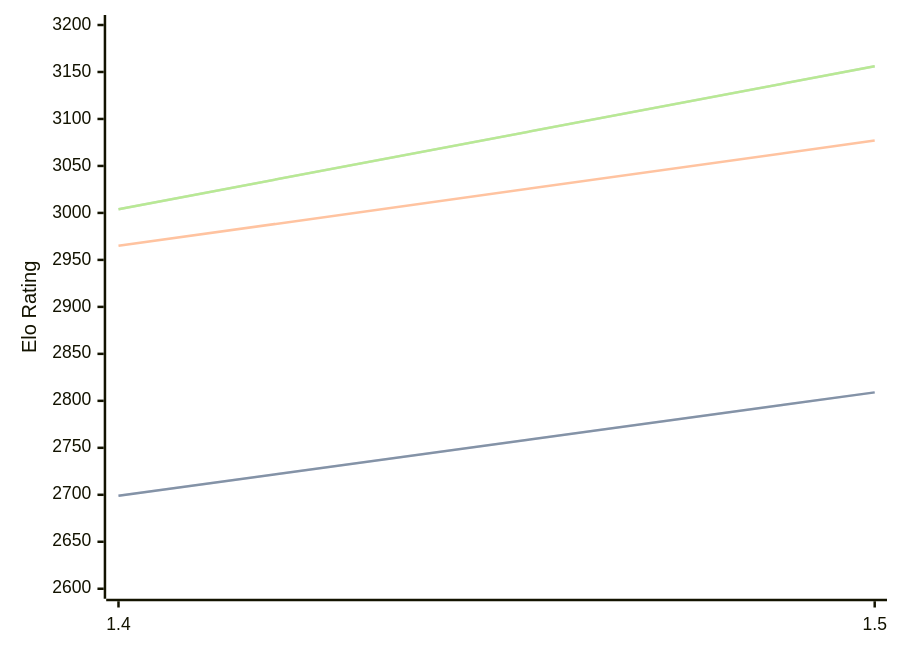
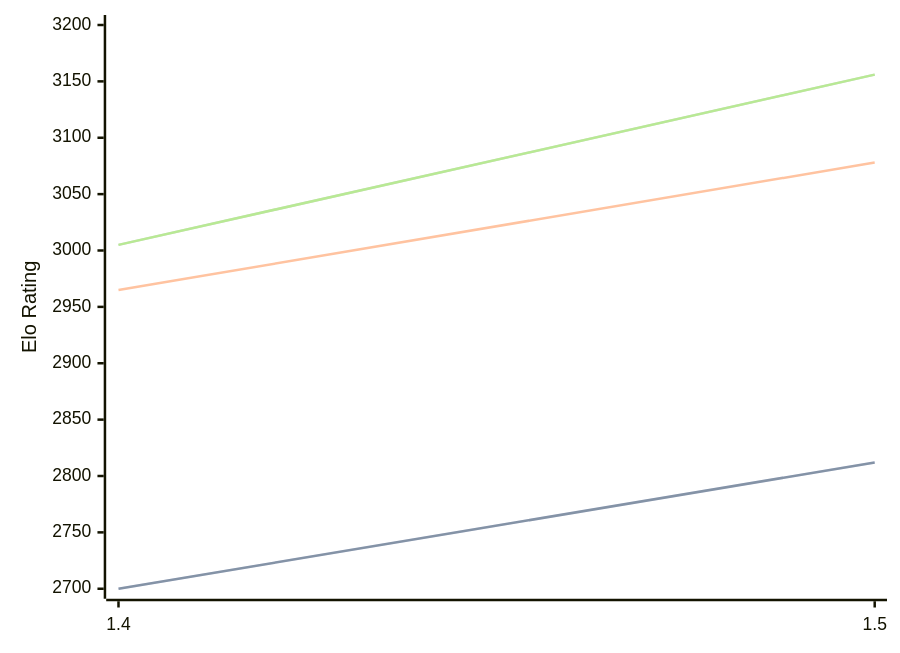
One commit to computer-chess-index/cci changed the diagram in engines/Yakka.md. Above: the diagram before and after it, drawn with Mermaid. The commit also changed other lines of this file, not shown here.

Commit message:
Update CCI Ratings (ELO VLTC) - 2026-05-03

````diff
--- a/engines/Yakka.md
+++ b/engines/Yakka.md
@@ -36,11 +36,11 @@
 ```mermaid
 %%{init: {"theme":"base","themeVariables":{"seriesColors:['#a3a3a3','#222221','#faa371']}}}%%
 xychart-beta
   x-axis ["1.4", "1.5"]
-  y-axis "Elo Rating" 2600 --> 3200
-  line "STC (8.0+0.08s)" [2699, 2809]
-  line "STC (8.0+0.08s)" [2699, 2809]
-  line "LTC (60.0+0.60s)" [2965, 3077]
-  line "VLTC (2m24s+1.12s)" [3004, 3156]
-  line "VLTC (2m24s+1.12s)" [3004, 3156]
+  y-axis "Elo Rating" 2700 --> 3200
+  line "STC (8.0+0.08s)" [2700, 2812]
+  line "STC (8.0+0.08s)" [2700, 2812]
+  line "LTC (60.0+0.60s)" [2965, 3078]
+  line "VLTC (2m24s+1.12s)" [3005, 3156]
+  line "VLTC (2m24s+1.12s)" [3005, 3156]
 ```
````
